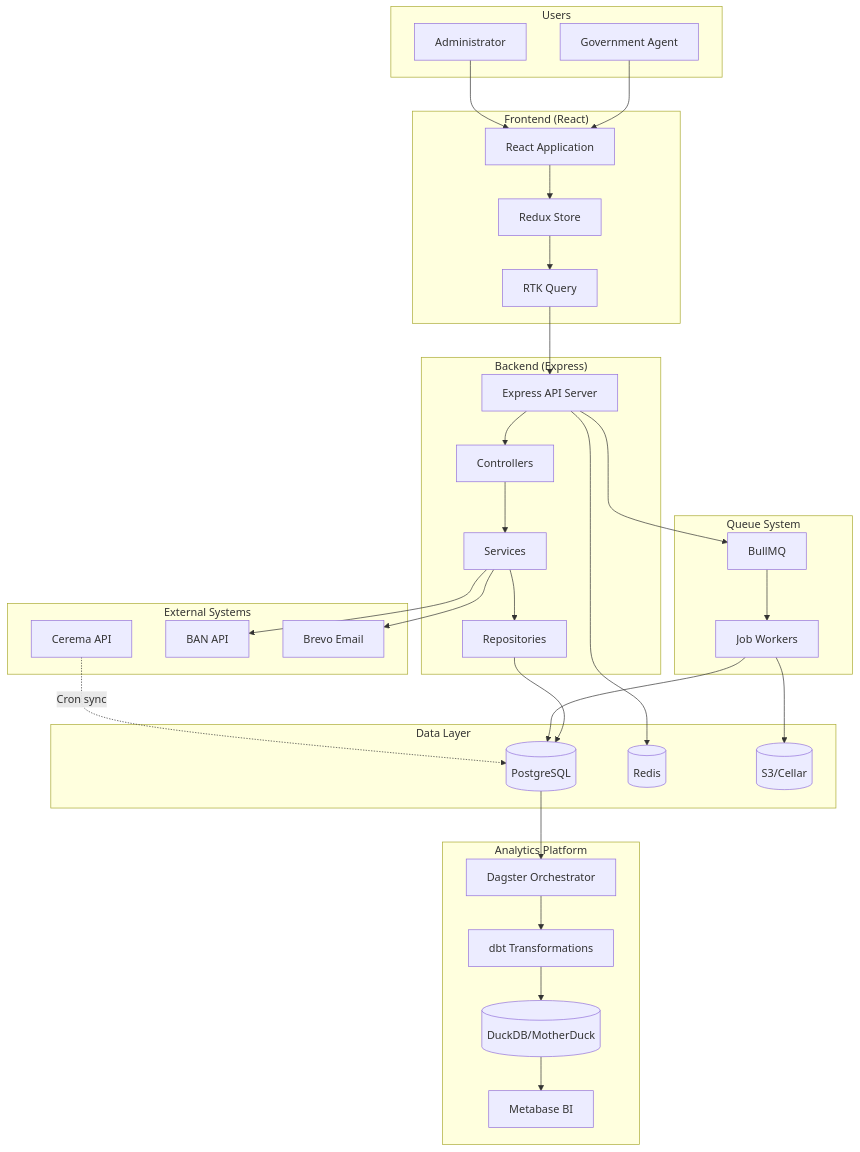
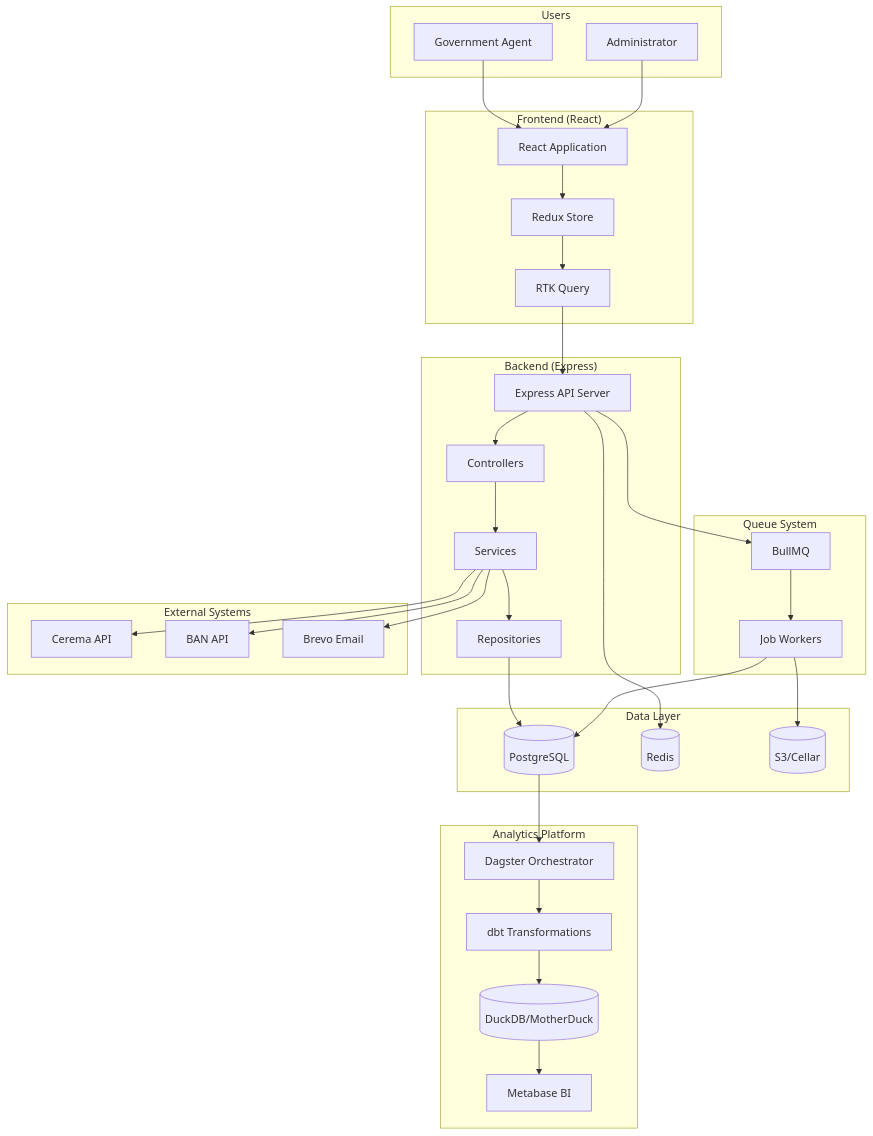
Before and after one commit to MTES-MCT/zero-logement-vacant: the second of 3 diagrams in docs/architecture/00-system-overview.md, drawn with Mermaid. The commit also changed other lines of this file and 8 other files, not shown here.

Commit message:
docs(cerema): remove stale cron procedures

````diff
--- a/docs/architecture/00-system-overview.md
+++ b/docs/architecture/00-system-overview.md
@@ -51,71 +51,71 @@
 ```mermaid
 flowchart TB
     subgraph Users["Users"]
         Agent[Government Agent]
         Admin[Administrator]
     end
 
     subgraph Frontend["Frontend (React)"]
         ReactApp[React Application]
         Redux[Redux Store]
         RTKQuery[RTK Query]
     end
 
     subgraph Backend["Backend (Express)"]
         API[Express API Server]
         Controllers[Controllers]
         Services[Services]
         Repositories[Repositories]
     end
 
     subgraph Queue["Queue System"]
         BullMQ[BullMQ]
         Workers[Job Workers]
     end
 
     subgraph Data["Data Layer"]
         PostgreSQL[(PostgreSQL)]
         Redis[(Redis)]
         S3[(S3/Cellar)]
     end
 
     subgraph Analytics["Analytics Platform"]
         Dagster[Dagster Orchestrator]
         dbt[dbt Transformations]
         DuckDB[(DuckDB/MotherDuck)]
         Metabase[Metabase BI]
     end
 
     subgraph External["External Systems"]
         Cerema[Cerema API]
         BAN[BAN API]
         Brevo[Brevo Email]
     end
 
     Agent --> ReactApp
     Admin --> ReactApp
     ReactApp --> Redux
     Redux --> RTKQuery
     RTKQuery --> API
 
     API --> Controllers
     Controllers --> Services
     Services --> Repositories
     Repositories --> PostgreSQL
 
     API --> Redis
     API --> BullMQ
     BullMQ --> Workers
     Workers --> PostgreSQL
     Workers --> S3
 
     Services --> BAN
     Services --> Brevo
+    Services --> Cerema
 
     PostgreSQL --> Dagster
     Dagster --> dbt
     dbt --> DuckDB
     DuckDB --> Metabase
 
-    Cerema -.->|Cron sync| PostgreSQL
 ```
````
